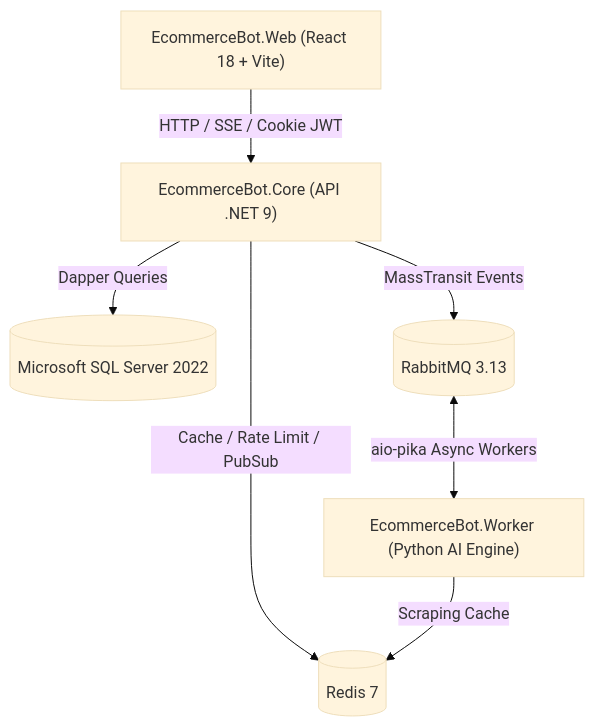
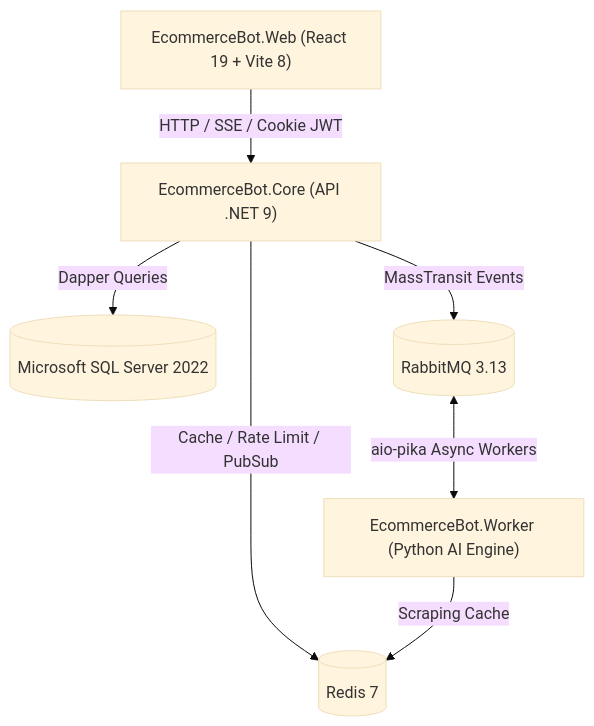
One commit to gregrymqt/ecomerce-bot changed the diagram in README.md. Above: the diagram before and after it, drawn with Mermaid (base theme). The commit also changed other lines of this file and 39 other files, not shown here.

Commit message:
chore: wire graft context graph and consolidate docs/agent guidelines

````diff
--- a/README.md
+++ b/README.md
@@ -35,9 +29,9 @@
 ```mermaid
 flowchart TD
-    SPA["EcommerceBot.Web (React 18 + Vite)"] -->|HTTP / SSE / Cookie JWT| API["EcommerceBot.Core (API .NET 9)"]
+    SPA["EcommerceBot.Web (React 19 + Vite 8)"] -->|HTTP / SSE / Cookie JWT| API["EcommerceBot.Core (API .NET 9)"]
     API -->|Dapper Queries| SQLServer[("Microsoft SQL Server 2022")]
     API -->|Cache / Rate Limit / PubSub| Redis[("Redis 7")]
     API -->|MassTransit Events| RabbitMQ[("RabbitMQ 3.13")]
     RabbitMQ <-->|aio-pika Async Workers| Worker["EcommerceBot.Worker (Python AI Engine)"]
     Worker -->|Scraping Cache| Redis
 ```
````
